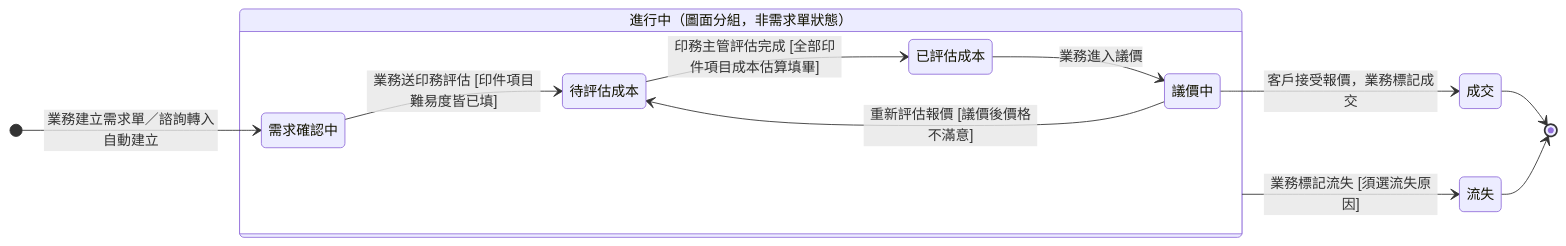
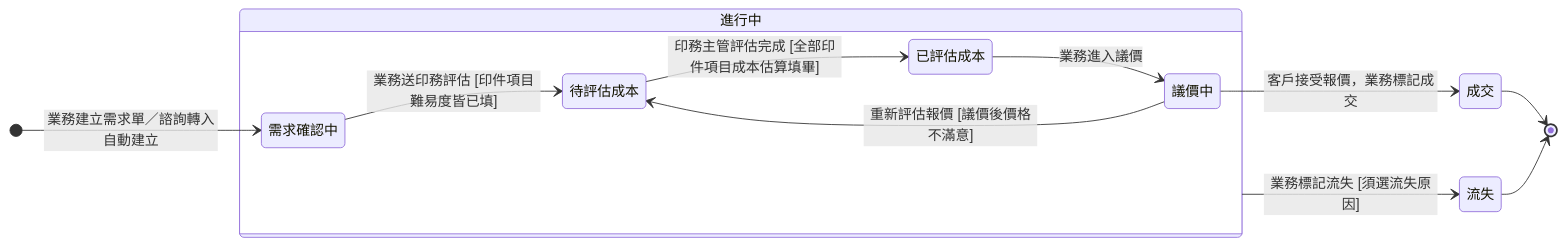
The diagram in memory/Sens_wiki/wiki/erp/06-state-machines/範例 - 狀態機.md (Kawato-Miles/erp-spec), drawn with Mermaid before and after one commit. The commit also changed other lines of this file and 11 other files, not shown here.

````diff
--- a/memory/Sens_wiki/wiki/erp/06-state-machines/範例 - 狀態機.md
+++ b/memory/Sens_wiki/wiki/erp/06-state-machines/範例 - 狀態機.md
@@ -58,27 +58,27 @@
 ```mermaid
 stateDiagram-v2
     direction LR
 
     [*] --> s_confirm : 業務建立需求單／諮詢轉入自動建立
 
-    state "進行中（圖面分組，非需求單狀態）" as InProgress {
+    state "進行中" as InProgress {
         direction LR
         state "需求確認中" as s_confirm
         state "待評估成本" as s_wait
         state "已評估成本" as s_est
         state "議價中" as s_nego
         s_confirm --> s_wait : 業務送印務評估 [印件項目難易度皆已填]
         s_wait --> s_est : 印務主管評估完成 [全部印件項目成本估算填畢]
         s_est --> s_nego : 業務進入議價
         s_nego --> s_wait : 重新評估報價 [議價後價格不滿意]
     }
 
     state "成交" as s_won
     state "流失" as s_lost
 
     s_nego --> s_won : 客戶接受報價，業務標記成交
     InProgress --> s_lost : 業務標記流失 [須選流失原因]
 
     s_won --> [*]
     s_lost --> [*]
 ```
````
